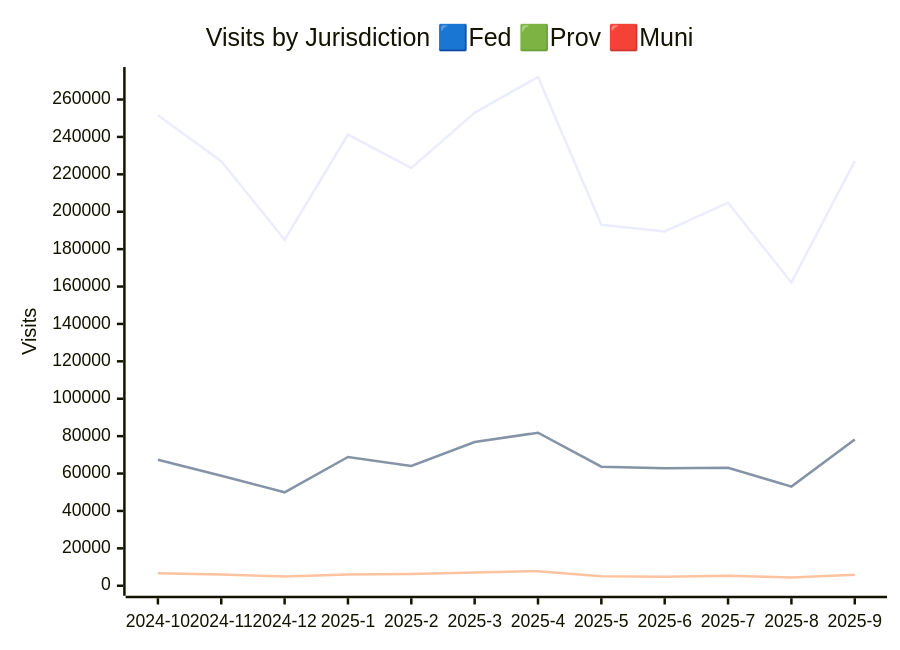
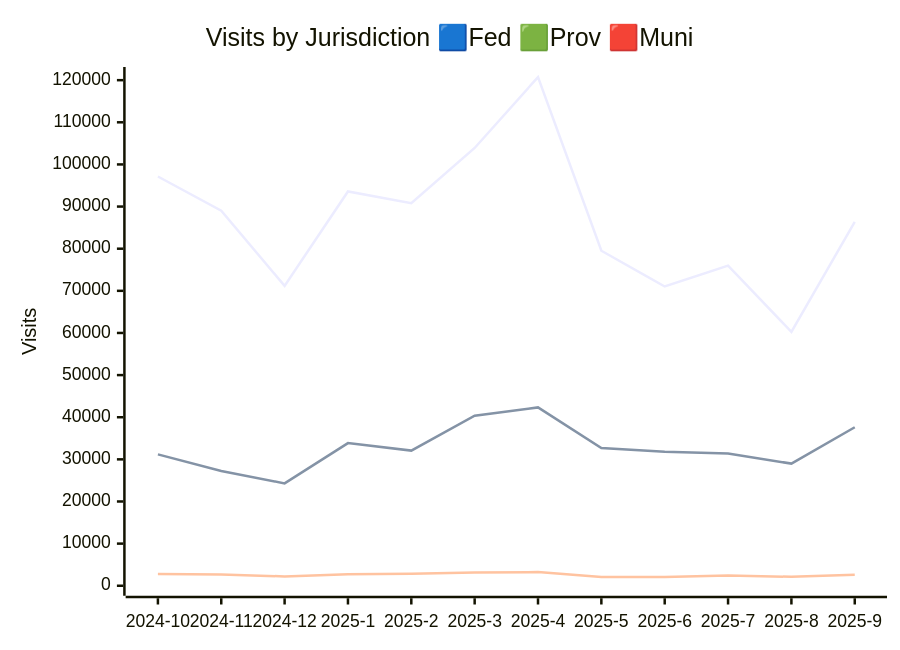
The second of 3 diagrams in JURISDICTION_ANALYTICS_REPORT/readme.md (PatLittle/analytics-corporate-reporting), drawn with Mermaid before and after one commit. The commit also changed other lines of this file and 3 other files, not shown here.

````diff
--- a/JURISDICTION_ANALYTICS_REPORT/readme.md
+++ b/JURISDICTION_ANALYTICS_REPORT/readme.md
@@ -27,10 +27,10 @@
 ```mermaid
 
 xychart-beta
     title "Visits by Jurisdiction 🟦Fed 🟩Prov 🟥Muni"
     x-axis [2024-10, 2024-11, 2024-12, 2025-1, 2025-2, 2025-3, 2025-4, 2025-5, 2025-6, 2025-7, 2025-8, 2025-9]
-    y-axis "Visits" 0 --> 272042
-    line [251551, 227042, 184989, 241280, 223373, 252966, 272032, 193042, 189470, 204827, 162129, 227055]
-    line [67335, 58847, 49976, 68865, 64045, 76828, 81839, 63660, 62876, 63076, 53029, 78207]
-    line [6643, 6053, 4970, 6013, 6298, 7116, 7801, 5126, 4797, 5298, 4430, 5839]
+    y-axis "Visits" 0 --> 120752
+    line [97133, 89025, 71175, 93579, 90797, 103909, 120742, 79513, 71029, 75982, 60254, 86367]
+    line [31176, 27223, 24295, 33856, 32080, 40358, 42326, 32698, 31781, 31361, 28994, 37620]
+    line [2774, 2651, 2214, 2720, 2849, 3138, 3236, 2092, 2100, 2424, 2126, 2629]
 ```
````
